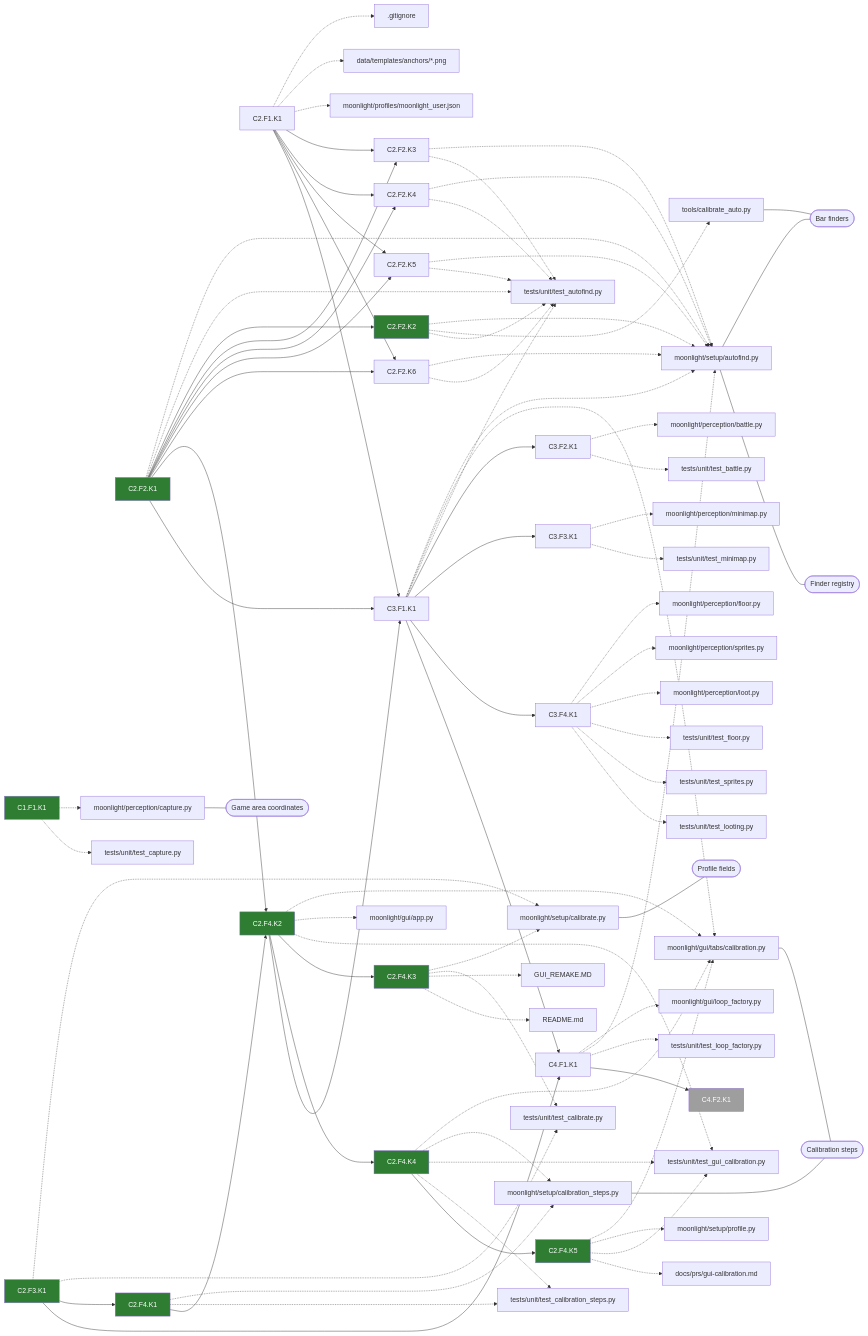
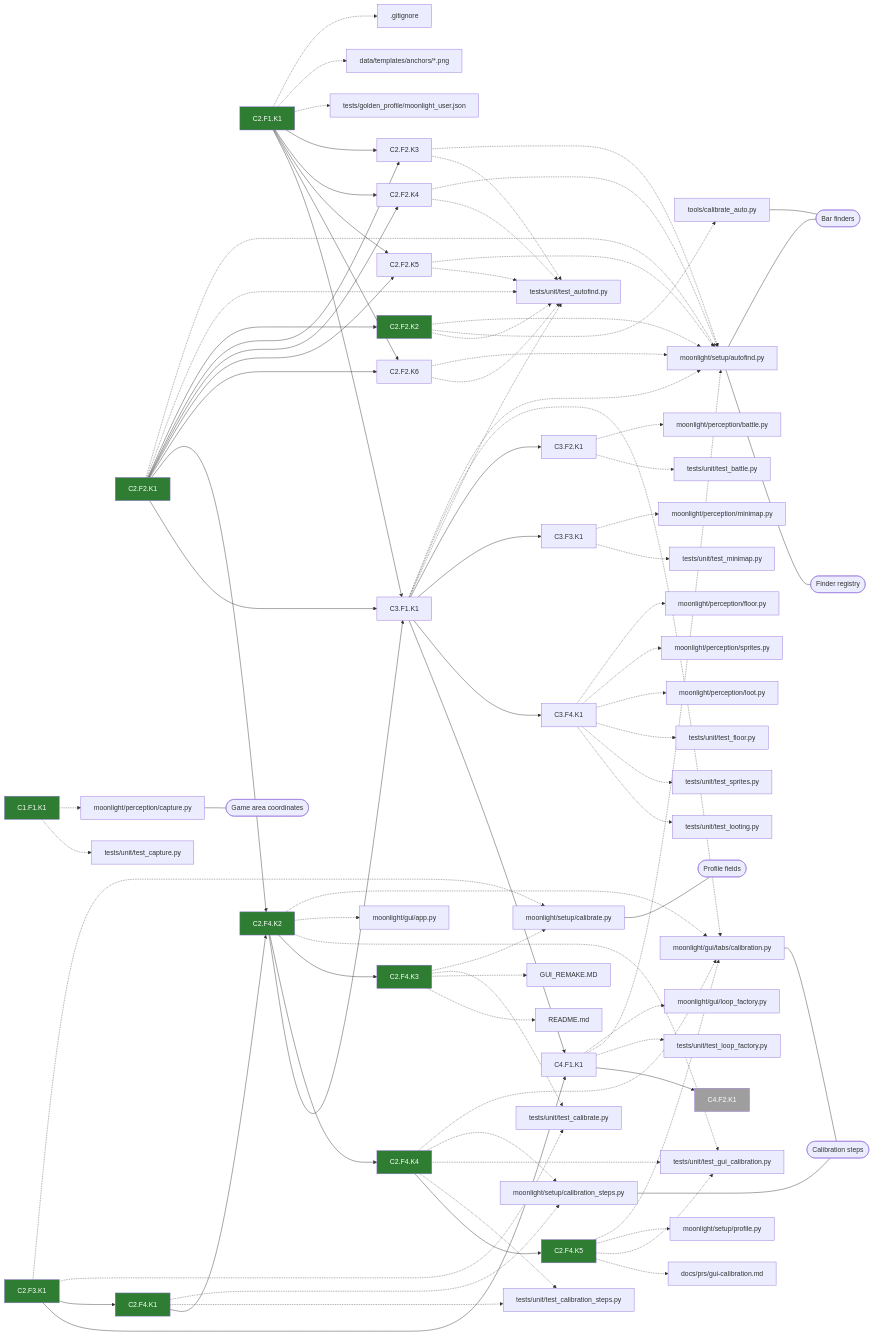
One commit to Mascotte33/Moonlight changed the diagram in docs/prs/gui-calibration.md. Above: the diagram before and after it, drawn with Mermaid. The commit also changed 3 other files, not shown here.

````diff
--- a/docs/prs/gui-calibration.md
+++ b/docs/prs/gui-calibration.md
@@ -72,7 +72,7 @@
   classDef doing fill:#f9a825,color:#000
   classDef later fill:#9e9e9e,color:#fff
   t0["C1.F1.K1"]:::done
-  t1["C2.F1.K1"]
+  t1["C2.F1.K1"]:::done
   t2["C2.F2.K1"]:::done
   t3["C2.F2.K2"]:::done
   t4["C2.F2.K3"]
@@ -105,11 +105,11 @@
   f11["moonlight/perception/loot.py"]
   f12["moonlight/perception/minimap.py"]
   f13["moonlight/perception/sprites.py"]
-  f14["moonlight/profiles/moonlight_user.json"]
-  f15["moonlight/setup/autofind.py"]
-  f16["moonlight/setup/calibrate.py"]
-  f17["moonlight/setup/calibration_steps.py"]
-  f18["moonlight/setup/profile.py"]
+  f14["moonlight/setup/autofind.py"]
+  f15["moonlight/setup/calibrate.py"]
+  f16["moonlight/setup/calibration_steps.py"]
+  f17["moonlight/setup/profile.py"]
+  f18["tests/golden_profile/moonlight_user.json"]
   f19["tests/unit/test_autofind.py"]
   f20["tests/unit/test_battle.py"]
   f21["tests/unit/test_calibrate.py"]
@@ -131,33 +131,33 @@
   t0 -.-> f23
   t1 -.-> f0
   t1 -.-> f3
-  t1 -.-> f14
-  t2 -.-> f15
+  t1 -.-> f18
+  t2 -.-> f14
   t2 -.-> f19
   t2 --> t3
-  t3 -.-> f15
+  t3 -.-> f14
   t3 -.-> f30
   t3 -.-> f19
   t1 --> t4
   t2 --> t4
-  t4 -.-> f15
+  t4 -.-> f14
   t4 -.-> f19
   t1 --> t5
   t2 --> t5
-  t5 -.-> f15
+  t5 -.-> f14
   t5 -.-> f19
   t1 --> t6
   t2 --> t6
-  t6 -.-> f15
+  t6 -.-> f14
   t6 -.-> f19
   t1 --> t7
   t2 --> t7
-  t7 -.-> f15
+  t7 -.-> f14
   t7 -.-> f19
-  t8 -.-> f16
+  t8 -.-> f15
   t8 -.-> f21
   t8 --> t9
-  t9 -.-> f17
+  t9 -.-> f16
   t9 -.-> f22
   t9 --> t10
   t2 --> t10
@@ -165,24 +165,24 @@
   t10 -.-> f5
   t10 -.-> f25
   t10 --> t11
-  t11 -.-> f16
+  t11 -.-> f15
   t11 -.-> f21
   t11 -.-> f1
   t11 -.-> f2
   t10 --> t12
   t12 -.-> f7
-  t12 -.-> f17
+  t12 -.-> f16
   t12 -.-> f25
   t12 -.-> f22
   t12 --> t13
   t13 -.-> f7
-  t13 -.-> f18
+  t13 -.-> f17
   t13 -.-> f25
   t13 -.-> f4
   t1 --> t14
   t2 --> t14
   t10 --> t14
-  t14 -.-> f15
+  t14 -.-> f14
   t14 -.-> f7
   t14 -.-> f19
   t14 --> t15
@@ -201,14 +201,14 @@
   t8 --> t18
   t14 --> t18
   t18 -.-> f6
-  t18 -.-> f15
+  t18 -.-> f14
   t18 -.-> f26
   t18 --> t19
   f7 --- c1
   f9 --- c3
-  f15 --- c0
-  f15 --- c2
-  f16 --- c4
-  f17 --- c1
+  f14 --- c0
+  f14 --- c2
+  f15 --- c4
+  f16 --- c1
   f30 --- c0
 ```
````
